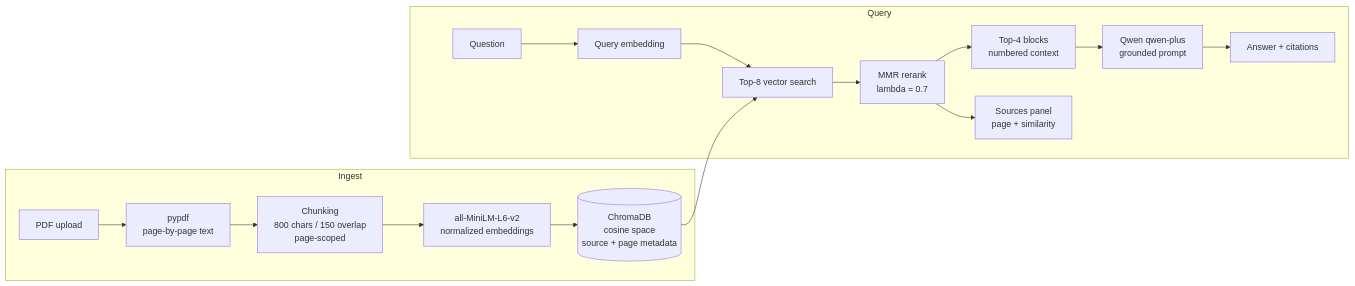
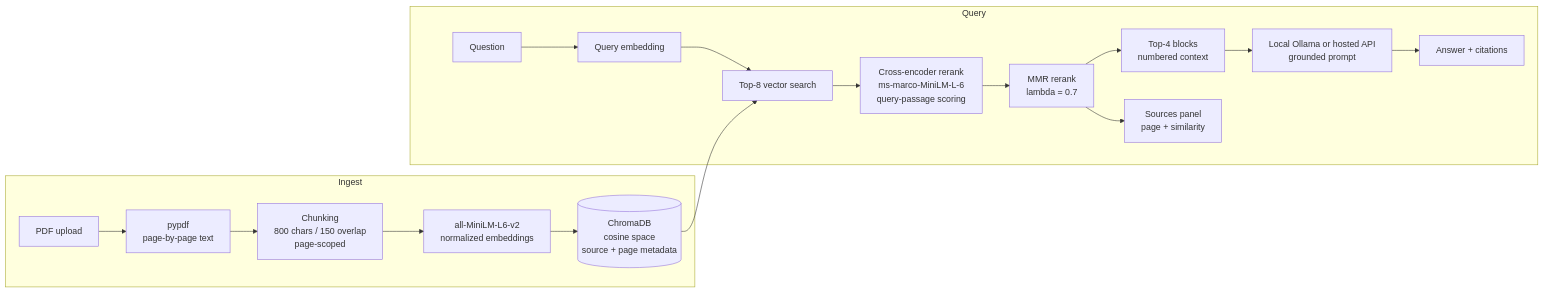
The diagram in README.md (xd6ka/rag-document-assistant), drawn with Mermaid before and after one commit. The commit also changed other lines of this file and 15 other files, not shown here.

````diff
--- a/README.md
+++ b/README.md
@@ -32,20 +32,21 @@
 ```mermaid
 flowchart LR
     subgraph Ingest
         A[PDF upload] --> B[pypdf<br/>page-by-page text]
         B --> C[Chunking<br/>800 chars / 150 overlap<br/>page-scoped]
         C --> D[all-MiniLM-L6-v2<br/>normalized embeddings]
         D --> E[(ChromaDB<br/>cosine space<br/>source + page metadata)]
     end
 
     subgraph Query
         Q[Question] --> QE[Query embedding]
         QE --> R[Top-8 vector search]
         E --> R
-        R --> M[MMR rerank<br/>lambda = 0.7]
+        R --> CE[Cross-encoder rerank<br/>ms-marco-MiniLM-L-6<br/>query-passage scoring]
+        CE --> M[MMR rerank<br/>lambda = 0.7]
         M --> P[Top-4 blocks<br/>numbered context]
-        P --> L[Qwen qwen-plus<br/>grounded prompt]
+        P --> L[Local Ollama or hosted API<br/>grounded prompt]
         L --> ANS[Answer + citations]
         M --> SRC[Sources panel<br/>page + similarity]
     end
 ```
````
